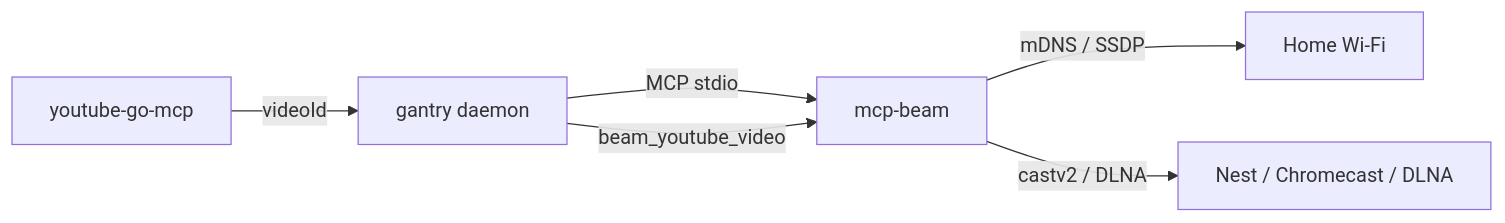
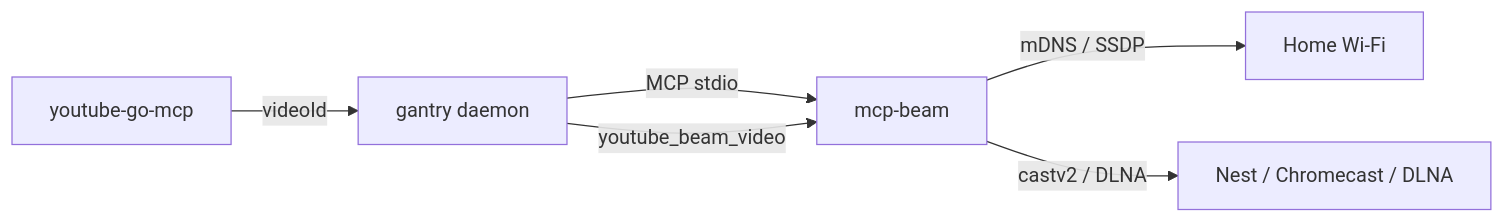
Before and after one commit to shotah/ai-gantry: the diagram in local-agent/docs/cast.md, drawn with Mermaid. The commit also changed other lines of this file and 34 other files, not shown here.

````diff
--- a/local-agent/docs/cast.md
+++ b/local-agent/docs/cast.md
@@ -13,8 +13,8 @@
 ```mermaid
 flowchart LR
   GN[gantry daemon] -->|MCP stdio| MB[mcp-beam]
   MB -->|mDNS / SSDP| LAN[Home Wi‑Fi]
   MB -->|castv2 / DLNA| DEV[Nest / Chromecast / DLNA]
   YM[youtube-go-mcp] -->|videoId| GN
-  GN -->|beam_youtube_video| MB
+  GN -->|youtube_beam_video| MB
 ```
````
